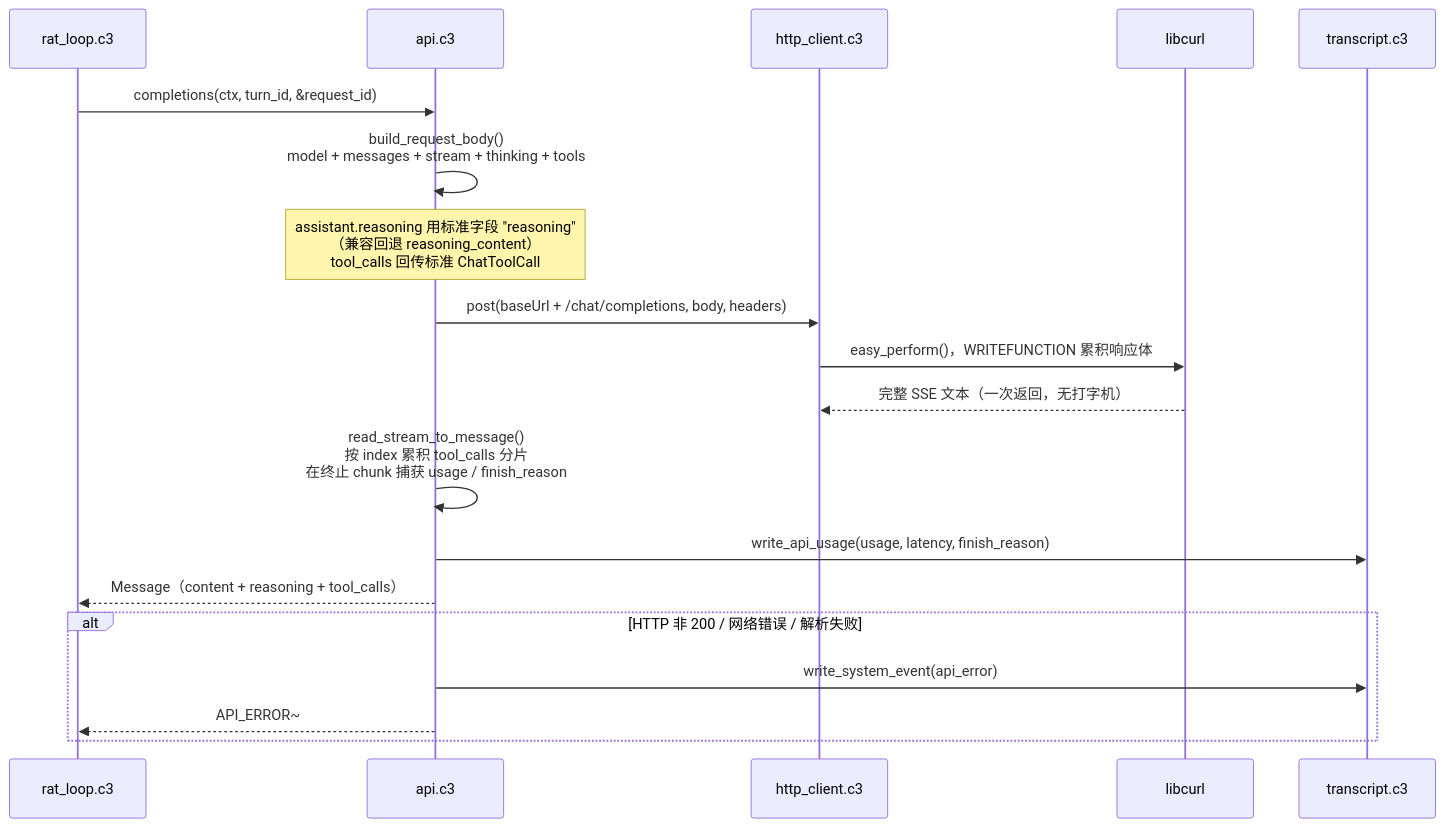
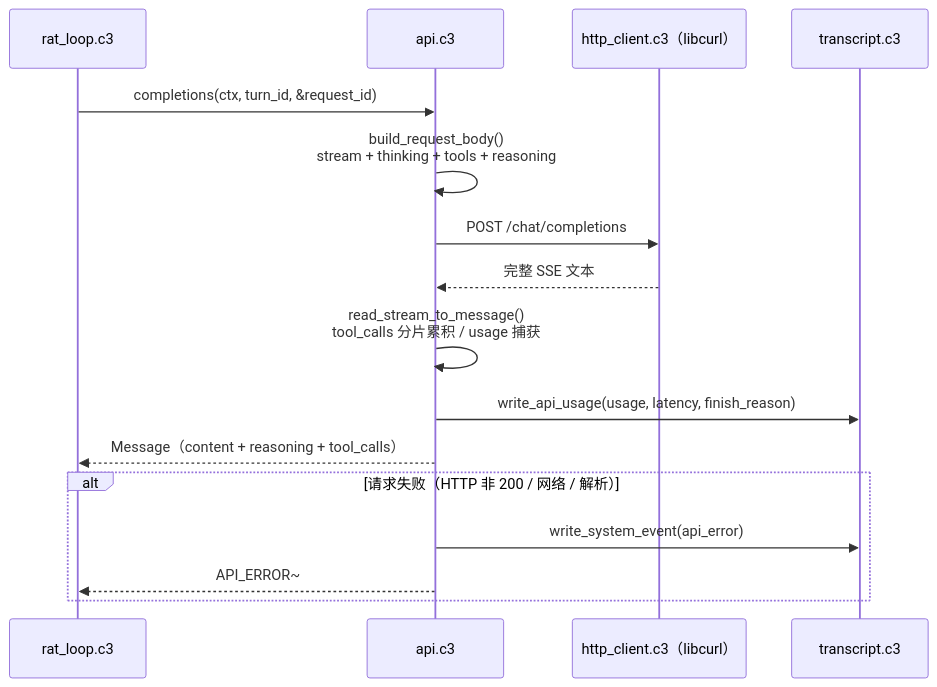
The fourth of 6 diagrams in docs/arch.md (yuekcc/mini-pi), drawn with Mermaid before and after one commit. The commit also changed other lines of this file, not shown here.

````diff
--- a/docs/arch.md
+++ b/docs/arch.md
@@ -253,22 +192,19 @@
 ```mermaid
 sequenceDiagram
     participant rat as rat_loop.c3
     participant api as api.c3
-    participant http as http_client.c3
-    participant curl as libcurl
+    participant http as http_client.c3（libcurl）
     participant trans as transcript.c3
 
     rat->>api: completions(ctx, turn_id, &request_id)
-    api->>api: build_request_body()<br/>model + messages + stream + thinking + tools
-    Note over api: assistant.reasoning 用标准字段 "reasoning"<br/>（兼容回退 reasoning_content）<br/>tool_calls 回传标准 ChatToolCall
-    api->>http: post(baseUrl + /chat/completions, body, headers)
-    http->>curl: easy_perform()，WRITEFUNCTION 累积响应体
-    curl-->>http: 完整 SSE 文本（一次返回，无打字机）
-    api->>api: read_stream_to_message()<br/>按 index 累积 tool_calls 分片<br/>在终止 chunk 捕获 usage / finish_reason
+    api->>api: build_request_body()<br/>stream + thinking + tools + reasoning
+    api->>http: POST /chat/completions
+    http-->>api: 完整 SSE 文本
+    api->>api: read_stream_to_message()<br/>tool_calls 分片累积 / usage 捕获
     api->>trans: write_api_usage(usage, latency, finish_reason)
     api-->>rat: Message（content + reasoning + tool_calls）
-    alt HTTP 非 200 / 网络错误 / 解析失败
+    alt 请求失败（HTTP 非 200 / 网络 / 解析）
         api->>trans: write_system_event(api_error)
         api-->>rat: API_ERROR~
     end
 ```
````
